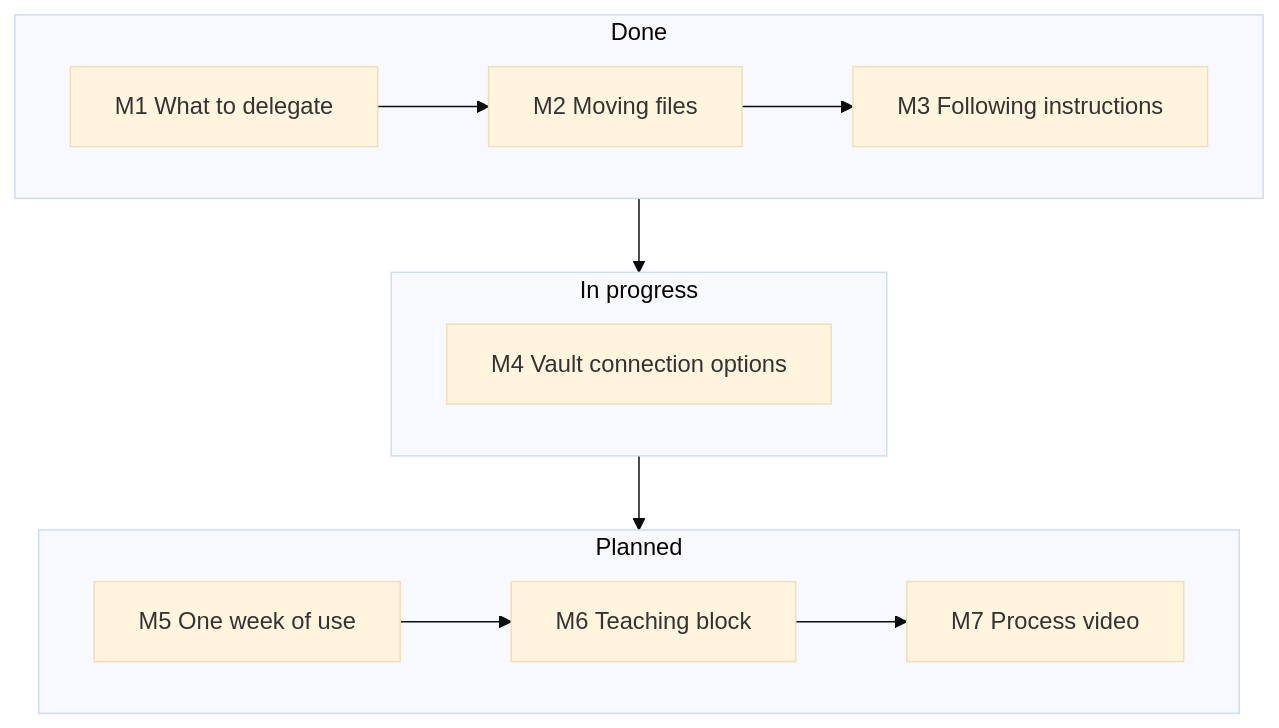
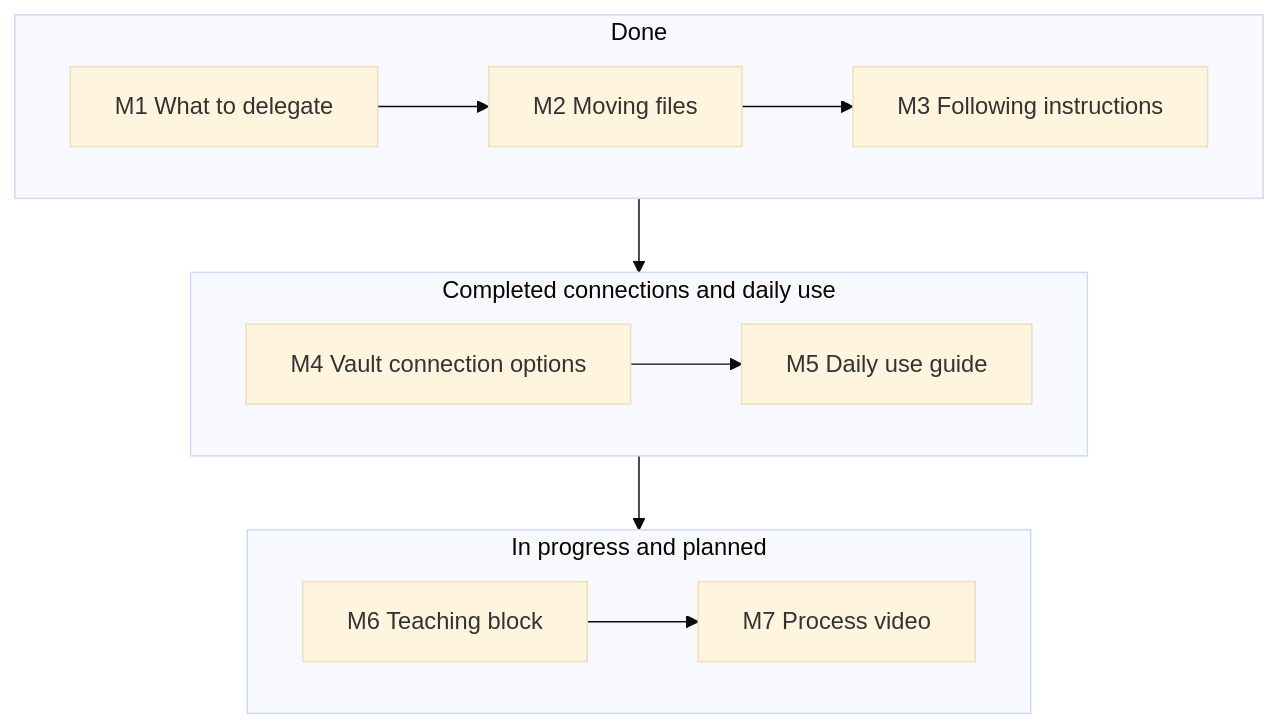
One commit to solkit70/CatchUpAI_VL changed the diagram in Topics/Muse-My-Workflow/README.en.md. Above: the diagram before and after it, drawn with Mermaid (base theme). The commit also changed other lines of this file and 66 other files, not shown here.

````diff
--- a/Topics/Muse-My-Workflow/README.en.md
+++ b/Topics/Muse-My-Workflow/README.en.md
@@ -58,16 +59,16 @@
 ```mermaid
 flowchart TB
     subgraph Done["Done"]
         direction LR
         M1["M1 What to delegate"] --> M2["M2 Moving files"] --> M3["M3 Following instructions"]
     end
-    subgraph Now["In progress"]
+    subgraph Now["Completed connections and daily use"]
         direction LR
-        M4["M4 Vault connection options"]
+        M4["M4 Vault connection options"] --> M5["M5 Daily use guide"]
     end
-    subgraph Next["Planned"]
+    subgraph Next["In progress and planned"]
         direction LR
-        M5["M5 One week of use"] --> M6["M6 Teaching block"] --> M7["M7 Process video"]
+        M6["M6 Teaching block"] --> M7["M7 Process video"]
     end
     Done --> Now --> Next
 ```
````
